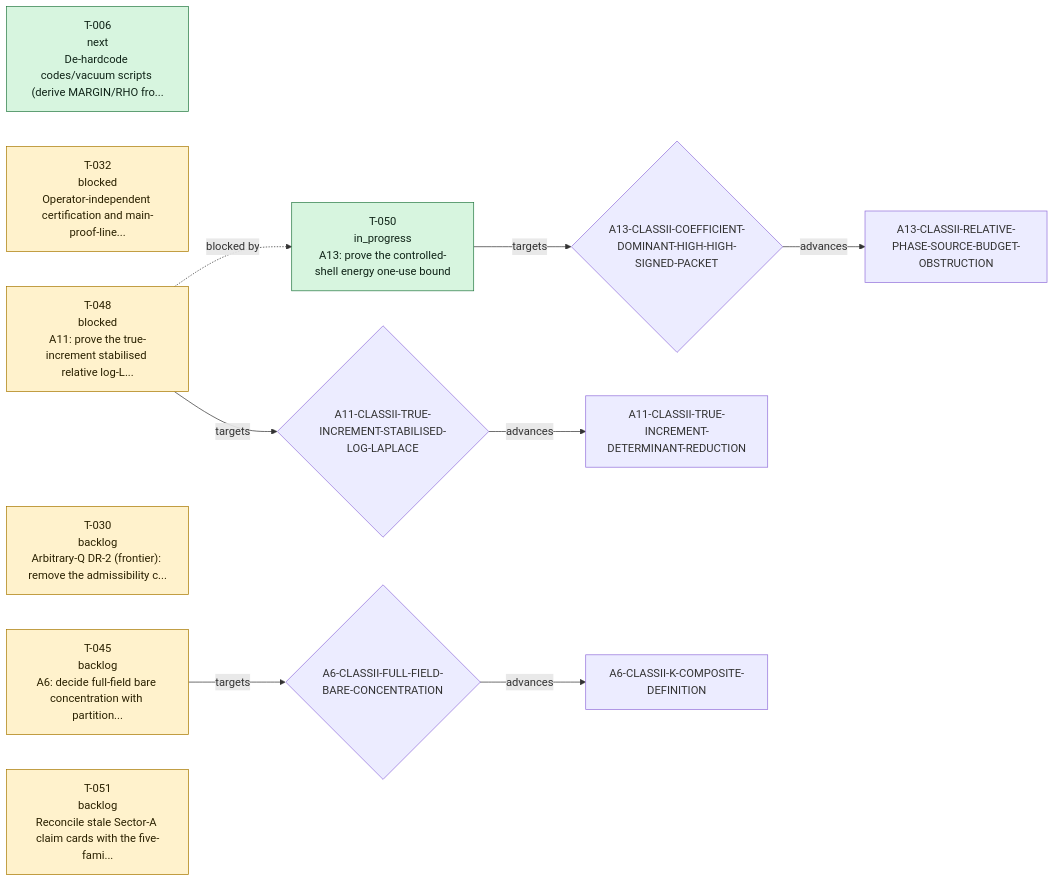
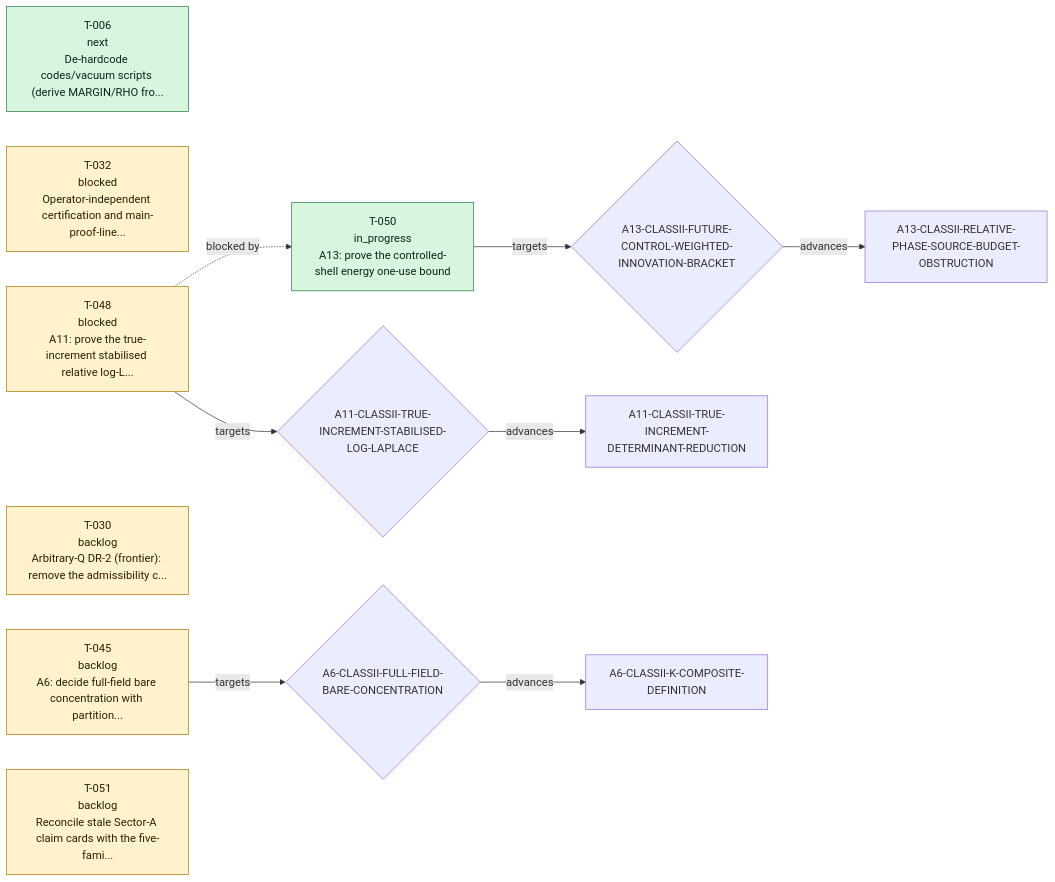
The second of 2 diagrams in theory/proof-evidence-map.md (TECT-OpenPhysics/TECT-Preview), drawn with Mermaid before and after one commit. The commit also changed other lines of this file and 32 other files, not shown here.

````diff
--- a/theory/proof-evidence-map.md
+++ b/theory/proof-evidence-map.md
@@ -63,27 +63,27 @@
 ```mermaid
 flowchart LR
   N_T_050["T-050<br/>in_progress<br/>A13: prove the controlled-shell energy one-use bound"]
-  N_A13_CLASSII_COEFFICIENT_DOMINANT_HIGH_HIGH_SIGNED_PACKET{"A13-CLASSII-COEFFICIENT-DOMINANT-HIGH-HIGH-SIGNED-PACKET"}
-  N_T_050 -->|targets| N_A13_CLASSII_COEFFICIENT_DOMINANT_HIGH_HIGH_SIGNED_PACKET
+  N_A13_CLASSII_FUTURE_CONTROL_WEIGHTED_INNOVATION_BRACKET{"A13-CLASSII-FUTURE-CONTROL-WEIGHTED-INNOVATION-BRACKET"}
+  N_T_050 -->|targets| N_A13_CLASSII_FUTURE_CONTROL_WEIGHTED_INNOVATION_BRACKET
   N_A13_CLASSII_RELATIVE_PHASE_SOURCE_BUDGET_OBSTRUCTION["A13-CLASSII-RELATIVE-PHASE-SOURCE-BUDGET-OBSTRUCTION"]
-  N_A13_CLASSII_COEFFICIENT_DOMINANT_HIGH_HIGH_SIGNED_PACKET -->|advances| N_A13_CLASSII_RELATIVE_PHASE_SOURCE_BUDGET_OBSTRUCTION
+  N_A13_CLASSII_FUTURE_CONTROL_WEIGHTED_INNOVATION_BRACKET -->|advances| N_A13_CLASSII_RELATIVE_PHASE_SOURCE_BUDGET_OBSTRUCTION
   N_T_006["T-006<br/>next<br/>De-hardcode codes/vacuum scripts (derive MARGIN/RHO fro..."]
   N_T_032["T-032<br/>blocked<br/>Operator-independent certification and main-proof-line..."]
   N_T_048["T-048<br/>blocked<br/>A11: prove the true-increment stabilised relative log-L..."]
   N_A11_CLASSII_TRUE_INCREMENT_STABILISED_LOG_LAPLACE{"A11-CLASSII-TRUE-INCREMENT-STABILISED-LOG-LAPLACE"}
   N_T_048 -->|targets| N_A11_CLASSII_TRUE_INCREMENT_STABILISED_LOG_LAPLACE
   N_A11_CLASSII_TRUE_INCREMENT_DETERMINANT_REDUCTION["A11-CLASSII-TRUE-INCREMENT-DETERMINANT-REDUCTION"]
   N_A11_CLASSII_TRUE_INCREMENT_STABILISED_LOG_LAPLACE -->|advances| N_A11_CLASSII_TRUE_INCREMENT_DETERMINANT_REDUCTION
   N_T_048 -. "blocked by" .-> N_T_050
   N_T_030["T-030<br/>backlog<br/>Arbitrary-Q DR-2 (frontier): remove the admissibility c..."]
   N_T_045["T-045<br/>backlog<br/>A6: decide full-field bare concentration with partition..."]
   N_A6_CLASSII_FULL_FIELD_BARE_CONCENTRATION{"A6-CLASSII-FULL-FIELD-BARE-CONCENTRATION"}
   N_T_045 -->|targets| N_A6_CLASSII_FULL_FIELD_BARE_CONCENTRATION
   N_A6_CLASSII_K_COMPOSITE_DEFINITION["A6-CLASSII-K-COMPOSITE-DEFINITION"]
   N_A6_CLASSII_FULL_FIELD_BARE_CONCENTRATION -->|advances| N_A6_CLASSII_K_COMPOSITE_DEFINITION
   N_T_051["T-051<br/>backlog<br/>Reconcile stale Sector-A claim cards with the five-fami..."]
   classDef active fill:#d7f5df,stroke:#257942,color:#102418
   classDef waiting fill:#fff2cc,stroke:#a87900,color:#2a2100
   class N_T_050,N_T_006 active
   class N_T_032,N_T_048,N_T_030,N_T_045,N_T_051 waiting
 ```
````
